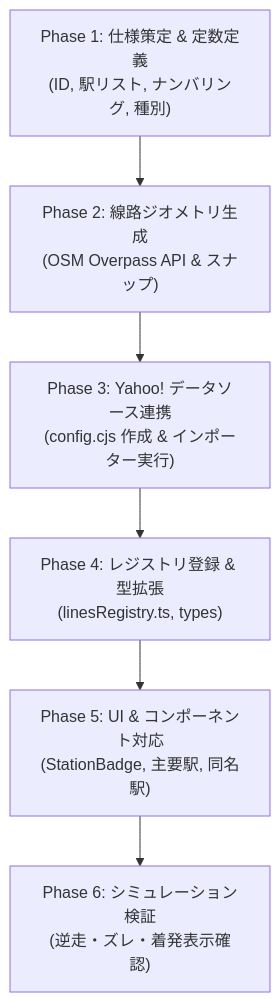
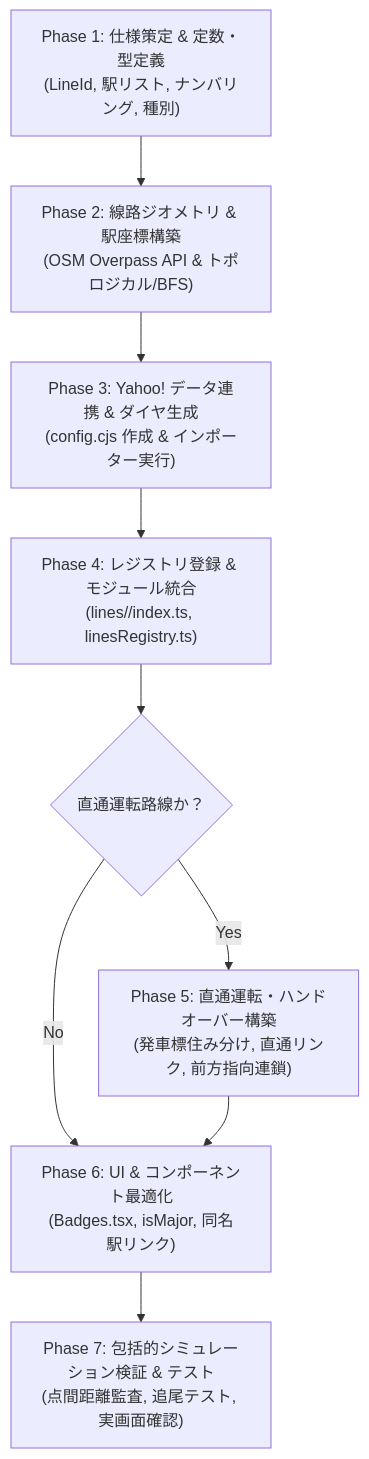
One commit to GenbuHase/Trainfo changed the first of 3 diagrams in docs/ROUTE_EXPANSION_PLAYBOOK.md. Above: the diagram before and after it, drawn with Mermaid. The commit also changed other lines of this file, not shown here.

````diff
--- a/docs/ROUTE_EXPANSION_PLAYBOOK.md
+++ b/docs/ROUTE_EXPANSION_PLAYBOOK.md
@@ -50,8 +55,11 @@
 ```mermaid
 flowchart TD
-    P1["Phase 1: 仕様策定 & 定数定義<br/>(ID, 駅リスト, ナンバリング, 種別)"] --> P2["Phase 2: 線路ジオメトリ生成<br/>(OSM Overpass API & スナップ)"]
-    P2 --> P3["Phase 3: Yahoo! データソース連携<br/>(config.cjs 作成 & インポーター実行)"]
-    P3 --> P4["Phase 4: レジストリ登録 & 型拡張<br/>(linesRegistry.ts, types)"]
-    P4 --> P5["Phase 5: UI & コンポーネント対応<br/>(StationBadge, 主要駅, 同名駅)"]
-    P5 --> P6["Phase 6: シミュレーション検証<br/>(逆走・ズレ・着発表示確認)"]
+    P1["Phase 1: 仕様策定 & 定数・型定義<br/>(LineId, 駅リスト, ナンバリング, 種別)"] --> P2["Phase 2: 線路ジオメトリ & 駅座標構築<br/>(OSM Overpass API & トポロジカル/BFS)"]
+    P2 --> P3["Phase 3: Yahoo! データ連携 & ダイヤ生成<br/>(config.cjs 作成 & インポーター実行)"]
+    P3 --> P4["Phase 4: レジストリ登録 & モジュール統合<br/>(lines/<lineId>/index.ts, linesRegistry.ts)"]
+    P4 --> P5{"直通運転路線か？"}
+    P5 -- "Yes" --> P5_1["Phase 5: 直通運転・ハンドオーバー構築<br/>(発車標住み分け, 直通リンク, 前方指向連鎖)"]
+    P5 -- "No" --> P6["Phase 6: UI & コンポーネント最適化<br/>(Badges.tsx, isMajor, 同名駅リンク)"]
+    P5_1 --> P6
+    P6 --> P7["Phase 7: 包括的シミュレーション検証 & テスト<br/>(点間距離監査, 追尾テスト, 実画面確認)"]
 ```
````
